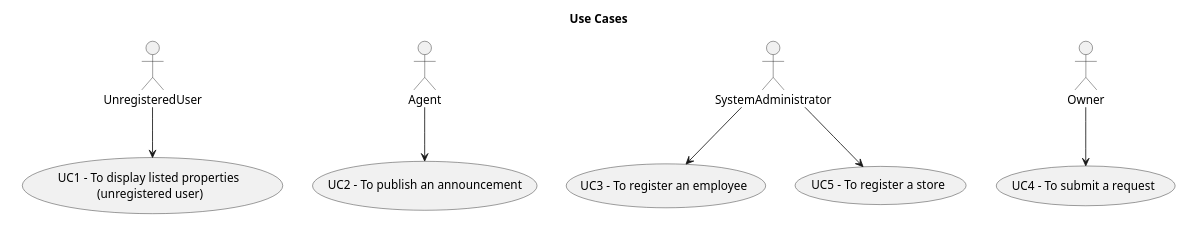
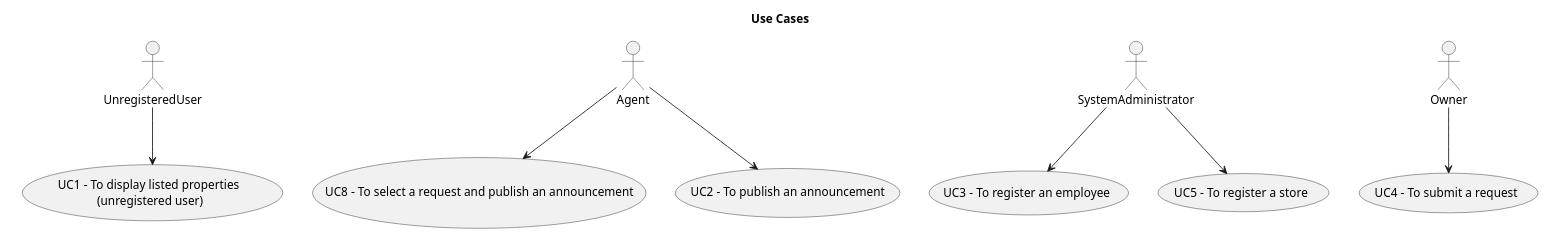
Before and after one commit to Rodrick0209/ISEP-LAPR2-22-23: the diagram in docs/Sprint-C/global-artifacts/01.requirements-engineering/puml/use-case-diagram.puml, drawn with PlantUML. The commit also changed 5 other files, not shown here.

```diff
--- a/docs/Sprint-C/global-artifacts/01.requirements-engineering/puml/use-case-diagram.puml
+++ b/docs/Sprint-C/global-artifacts/01.requirements-engineering/puml/use-case-diagram.puml
@@ -1,28 +1,32 @@
 @startuml
 'skinparam monochrome true
 skinparam packageStyle rectangle
 'skinparam shadowing false
 
 skinparam rectangle{
     BorderColor white
 }
 
 'title Use Case Diagram Example
 
 top to bottom direction
 
 rectangle "Use Cases" as usecases{
     usecase "UC4 - To submit a request" as UC4
     Owner --> UC4
     usecase "UC3 - To register an employee" as UC3
     SystemAdministrator --> UC3
     usecase "UC5 - To register a store" as UC5
     SystemAdministrator --> UC5
+    usecase "UC8 - To select a request and publish an announcement" as UC8
+Agent--> UC8
+
+
     usecase "UC2 - To publish an announcement" as UC2
     Agent --> UC2
     usecase "UC1 - To display listed properties \n(unregistered user)" as UC1
     UnregisteredUser --> UC1
     }
 
 
 @enduml
```
